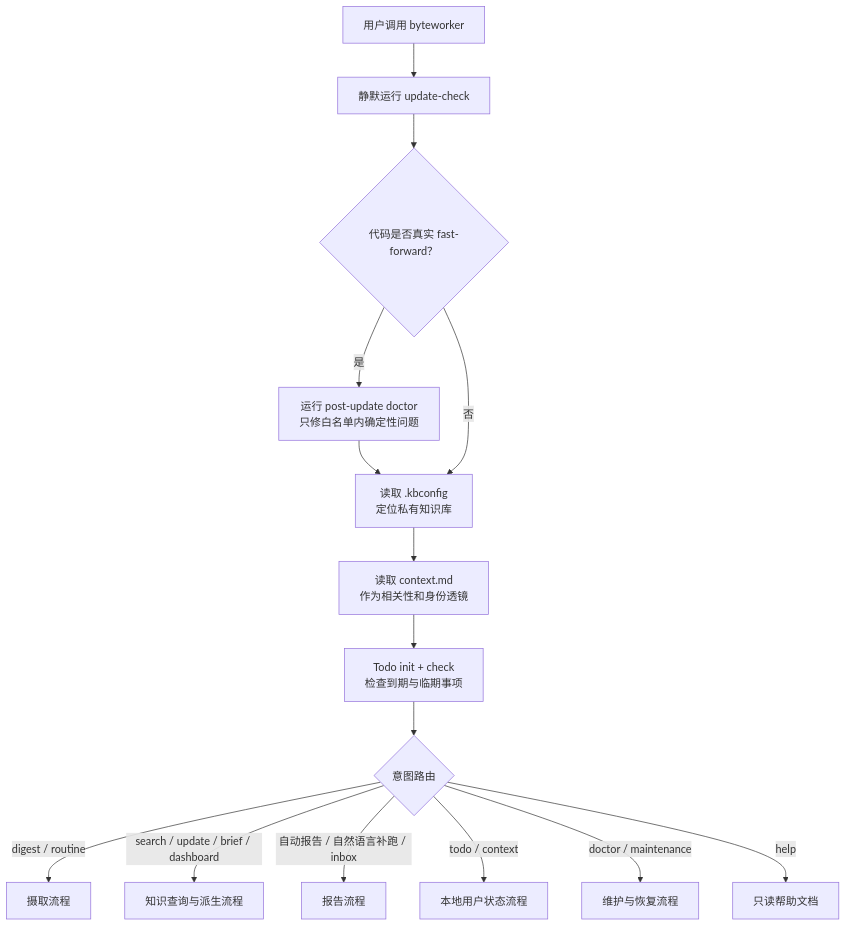
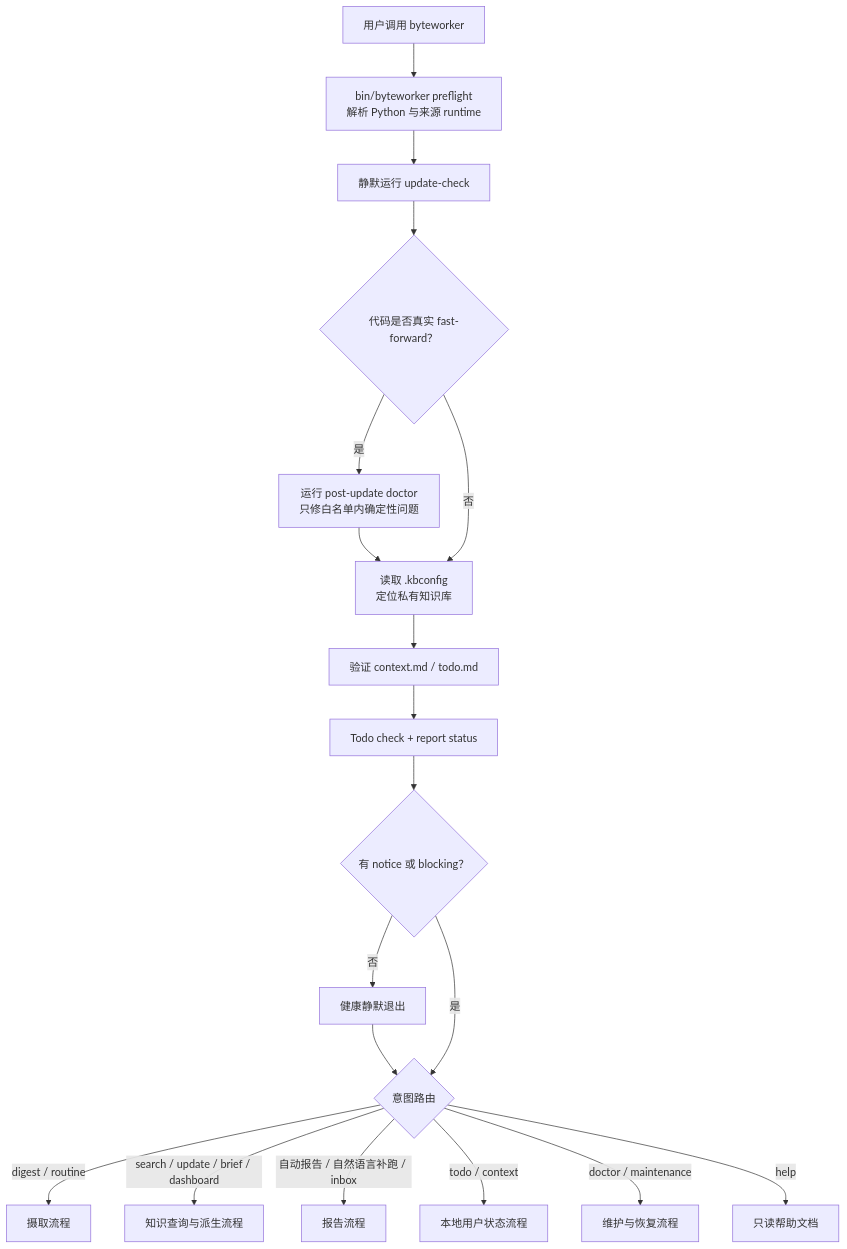
Before and after one commit to ranjiao/byteworker: the fourth of 19 diagrams in ARCHITECTURE.md, drawn with Mermaid. The commit also changed other lines of this file and 54 other files, not shown here.

Commit message:
feat: add unified preflight and report recovery

````diff
--- a/ARCHITECTURE.md
+++ b/ARCHITECTURE.md
@@ -126,23 +127,28 @@
 ```mermaid
 flowchart TD
     I["用户调用 byteworker"]
+    B["bin/byteworker preflight<br/>解析 Python 与来源 runtime"]
     U["静默运行 update-check"]
     G{"代码是否真实 fast-forward？"}
     P["运行 post-update doctor<br/>只修白名单内确定性问题"]
     K["读取 .kbconfig<br/>定位私有知识库"]
-    C["读取 context.md<br/>作为相关性和身份透镜"]
-    T["Todo init + check<br/>检查到期与临期事项"]
+    C["验证 context.md / todo.md"]
+    T["Todo check + report status"]
+    N{"有 notice 或 blocking？"}
+    Z["健康静默退出"]
     R{"意图路由"}
 
-    I --> U --> G
+    I --> B --> U --> G
     G -->|"是"| P --> K
     G -->|"否"| K
-    K --> C --> T --> R
+    K --> C --> T --> N
+    N -->|"否"| Z --> R
+    N -->|"是"| R
 
     R -->|"digest / routine"| D["摄取流程"]
     R -->|"search / update / brief / dashboard"| Q["知识查询与派生流程"]
     R -->|"自动报告 / 自然语言补跑 / inbox"| W["报告流程"]
     R -->|"todo / context"| L["本地用户状态流程"]
     R -->|"doctor / maintenance"| M["维护与恢复流程"]
     R -->|"help"| H["只读帮助文档"]
 ```
````
